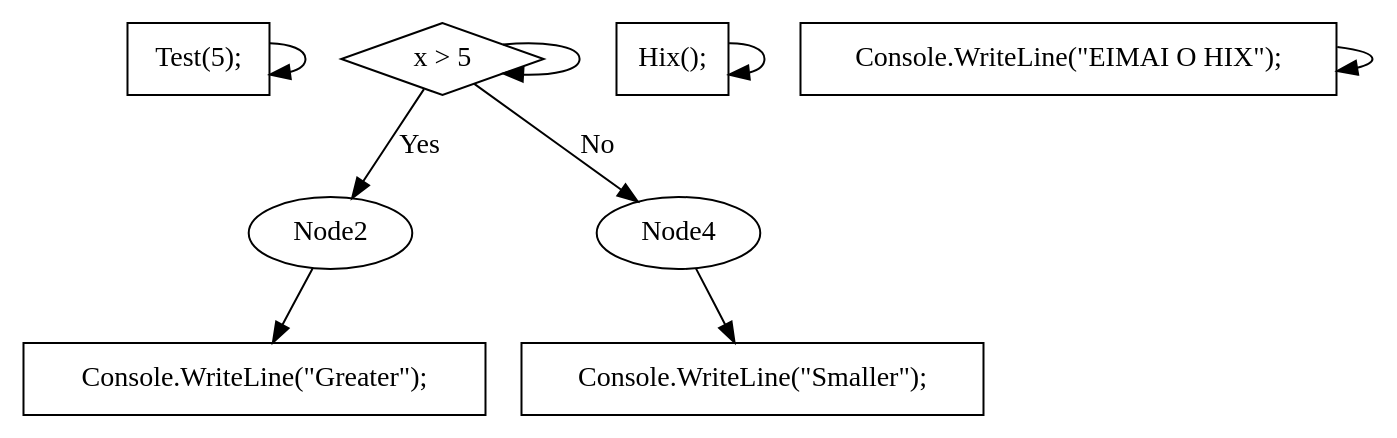
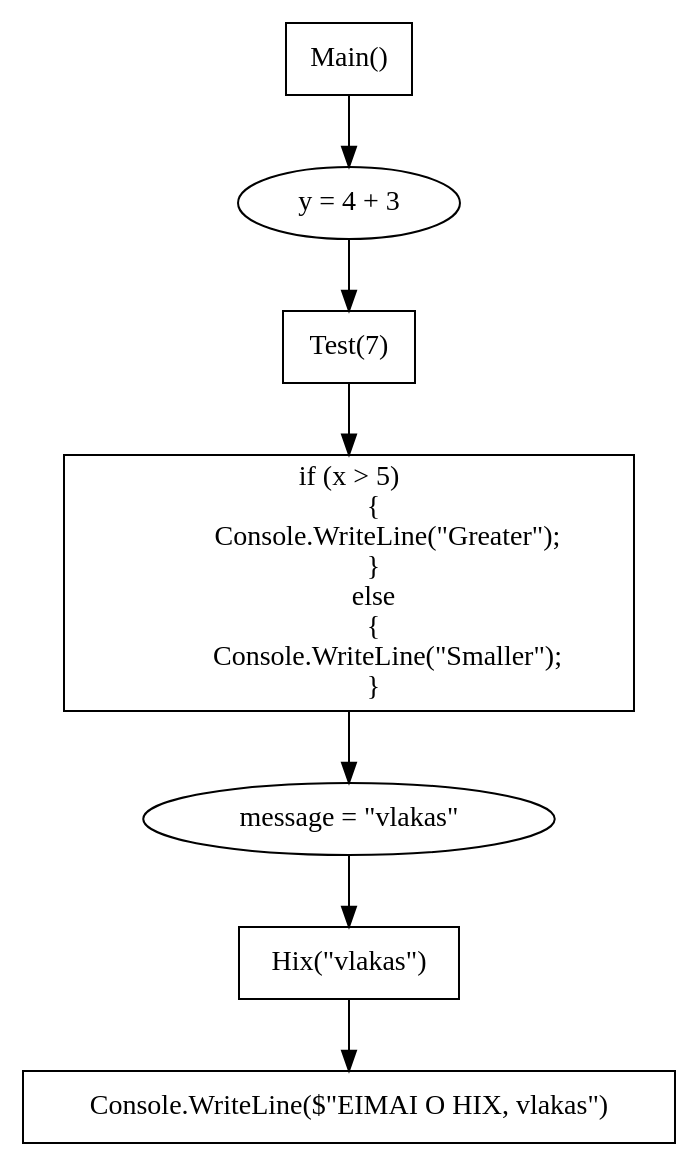
One commit to kx0101/csharp-flowchart changed the diagram in flowchart.dot. Above: the diagram before and after it, drawn with Graphviz. The commit also changed 3 other files, not shown here.

```diff
--- a/flowchart.dot
+++ b/flowchart.dot
@@ -1,19 +1,22 @@
 digraph Flowchart {
     Node0 [shape=box, label="Main()"];
-    Node0 [shape=box, label="Test(5);"];
-    Node0 -> Node0;
-    Node1 [shape=box, label="Test()"];
-    Node1 [shape=diamond, label="x > 5"];
-    Node1 -> Node1;
-    Node1 -> Node2 [label="Yes"];
-    Node3 [shape=box, label="Console.WriteLine(\"Greater\");"];
+    Node1 [shape=ellipse, label="y = 4 + 3"];
+    Node0 -> Node1;
+    Node2 [shape=box, label="Test(7)"];
+    Node1 -> Node2;
+    Node3 [shape=box, label="if (x > 5)
+        {
+            Console.WriteLine(\"Greater\");
+        }
+        else
+        {
+            Console.WriteLine(\"Smaller\");
+        }"];
     Node2 -> Node3;
-    Node1 -> Node4 [label="No"];
-    Node5 [shape=box, label="Console.WriteLine(\"Smaller\");"];
+    Node4 [shape=ellipse, label="message = \"vlakas\""];
+    Node3 -> Node4;
+    Node5 [shape=box, label="Hix(\"vlakas\")"];
     Node4 -> Node5;
-    Node6 [shape=box, label="Hix();"];
-    Node6 -> Node6;
-    Node7 [shape=box, label="Hix()"];
-    Node7 [shape=box, label="Console.WriteLine(\"EIMAI O HIX\");"];
-    Node7 -> Node7;
+    Node6 [shape=box, label="Console.WriteLine($\"EIMAI O HIX, vlakas\")"];
+    Node5 -> Node6;
 }
```
